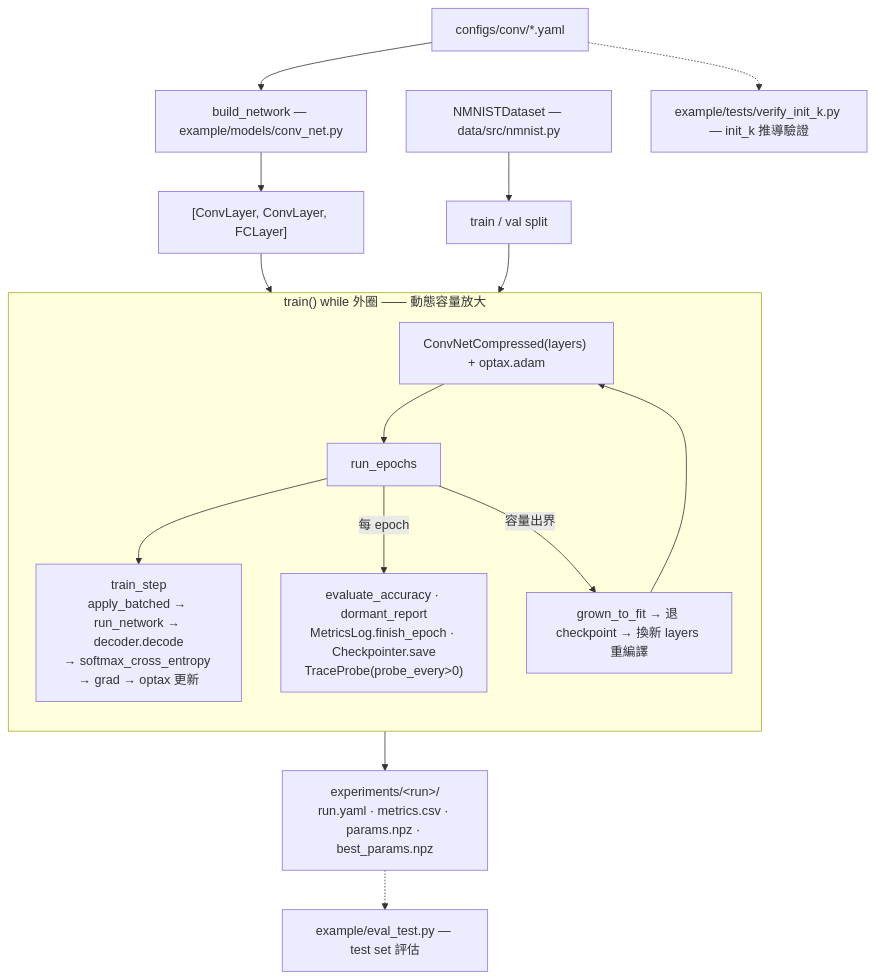
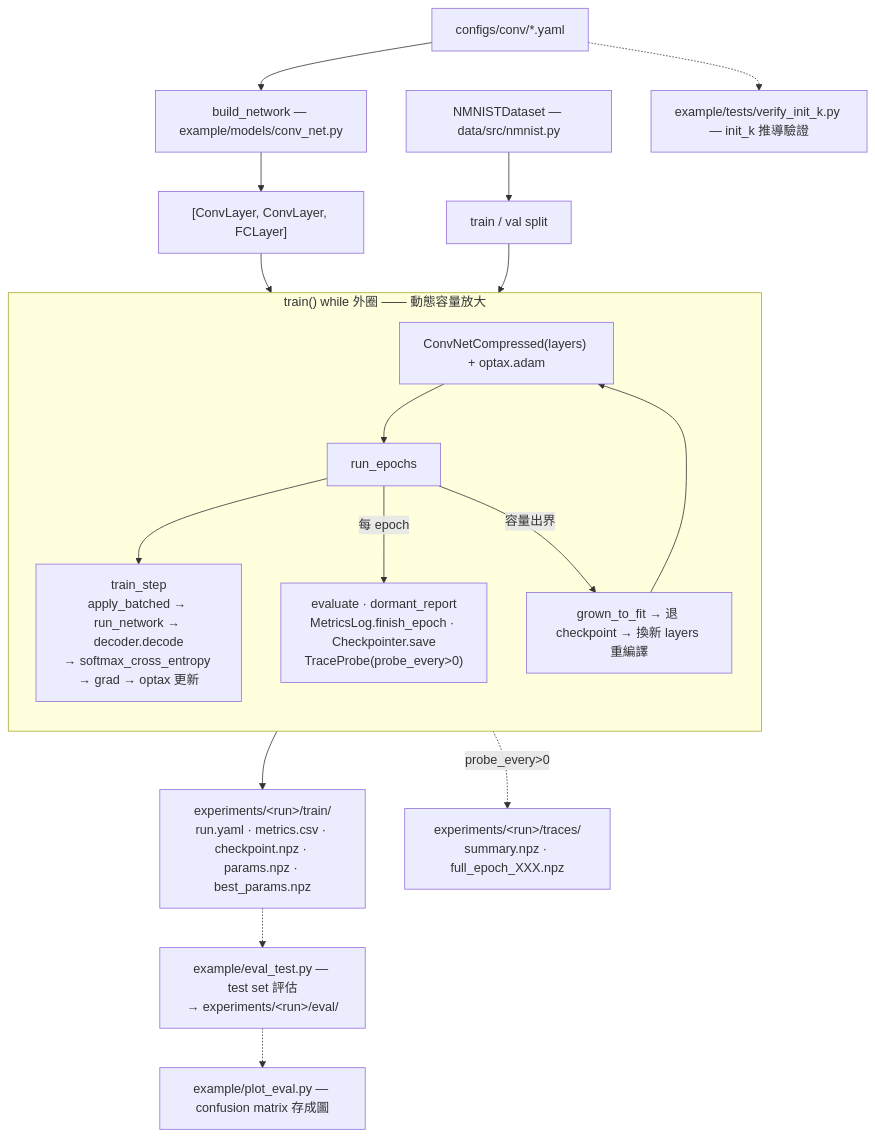
The second of 2 diagrams in docs/架構.md (Salt-Shio/Spiking-Affine-Lazy-Training), drawn with Mermaid before and after one commit. The commit also changed other lines of this file and 8 other files, not shown here.

Commit message:
eval 補上評估程式, 新增數據視覺化, utils 收入重複用的函數, experiments 結構化整理

````diff
--- a/docs/架構.md
+++ b/docs/架構.md
@@ -86,21 +86,23 @@
 ```mermaid
 flowchart TD
     CFG["configs/conv/*.yaml"] --> BN["build_network — example/models/conv_net.py"]
     BN --> LAYERS["[ConvLayer, ConvLayer, FCLayer]"]
     DS["NMNISTDataset — data/src/nmnist.py"] --> SPLIT["train / val split"]
 
     LAYERS --> WHILE
     SPLIT --> WHILE
     subgraph WHILE["train() while 外圈 —— 動態容量放大"]
         direction TB
         NET["ConvNetCompressed(layers) + optax.adam"] --> RE["run_epochs"]
         RE --> TS["train_step<br/>apply_batched → run_network → decoder.decode<br/>→ softmax_cross_entropy → grad → optax 更新"]
-        RE -->|"每 epoch"| PE["evaluate_accuracy · dormant_report<br/>MetricsLog.finish_epoch · Checkpointer.save<br/>TraceProbe(probe_every>0)"]
+        RE -->|"每 epoch"| PE["evaluate · dormant_report<br/>MetricsLog.finish_epoch · Checkpointer.save<br/>TraceProbe(probe_every>0)"]
         RE -->|"容量出界"| GROW["grown_to_fit → 退 checkpoint → 換新 layers 重編譯"]
         GROW --> NET
     end
-    WHILE --> OUT["experiments/&lt;run&gt;/<br/>run.yaml · metrics.csv · params.npz · best_params.npz"]
+    WHILE --> OUT["experiments/&lt;run&gt;/train/<br/>run.yaml · metrics.csv · checkpoint.npz · params.npz · best_params.npz"]
+    WHILE -.->|"probe_every>0"| TRACEOUT["experiments/&lt;run&gt;/traces/<br/>summary.npz · full_epoch_XXX.npz"]
 
-    OUT -.-> EVAL["example/eval_test.py — test set 評估"]
+    OUT -.-> EVAL["example/eval_test.py — test set 評估<br/>→ experiments/&lt;run&gt;/eval/"]
+    EVAL -.-> PLOT["example/plot_eval.py — confusion matrix 存成圖"]
     CFG -.-> VER["example/tests/verify_init_k.py — init_k 推導驗證"]
 ```
````
